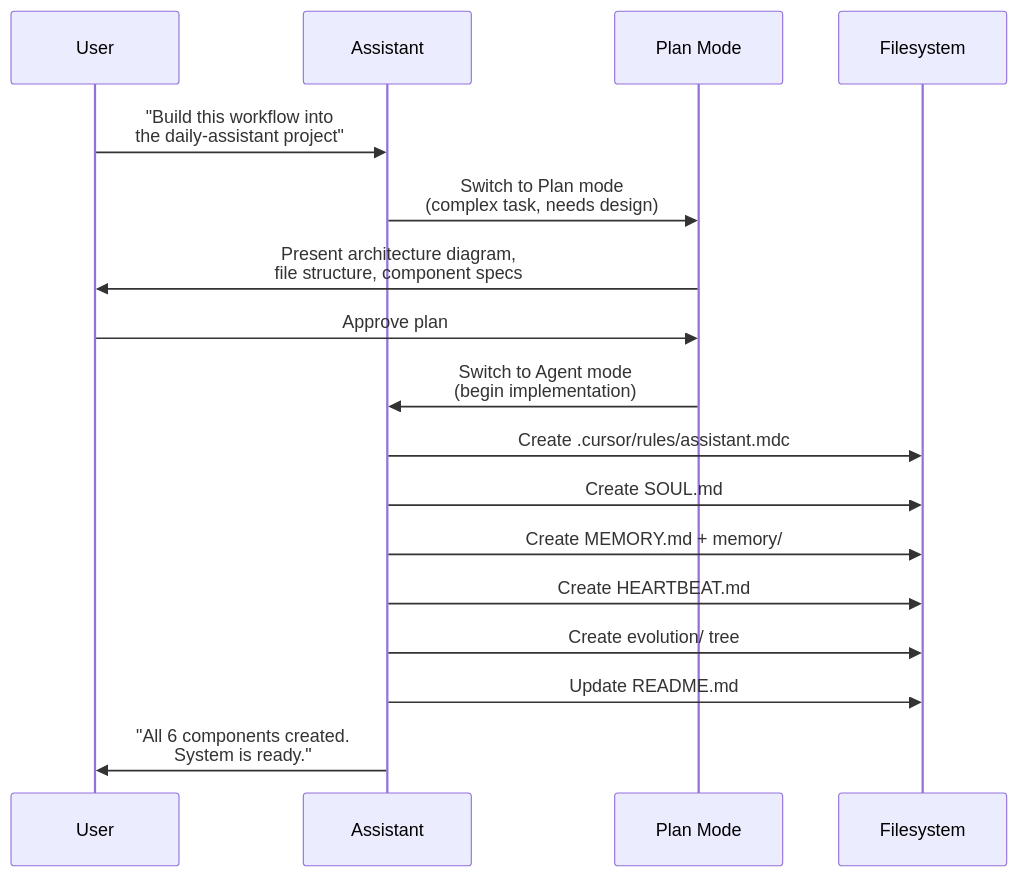
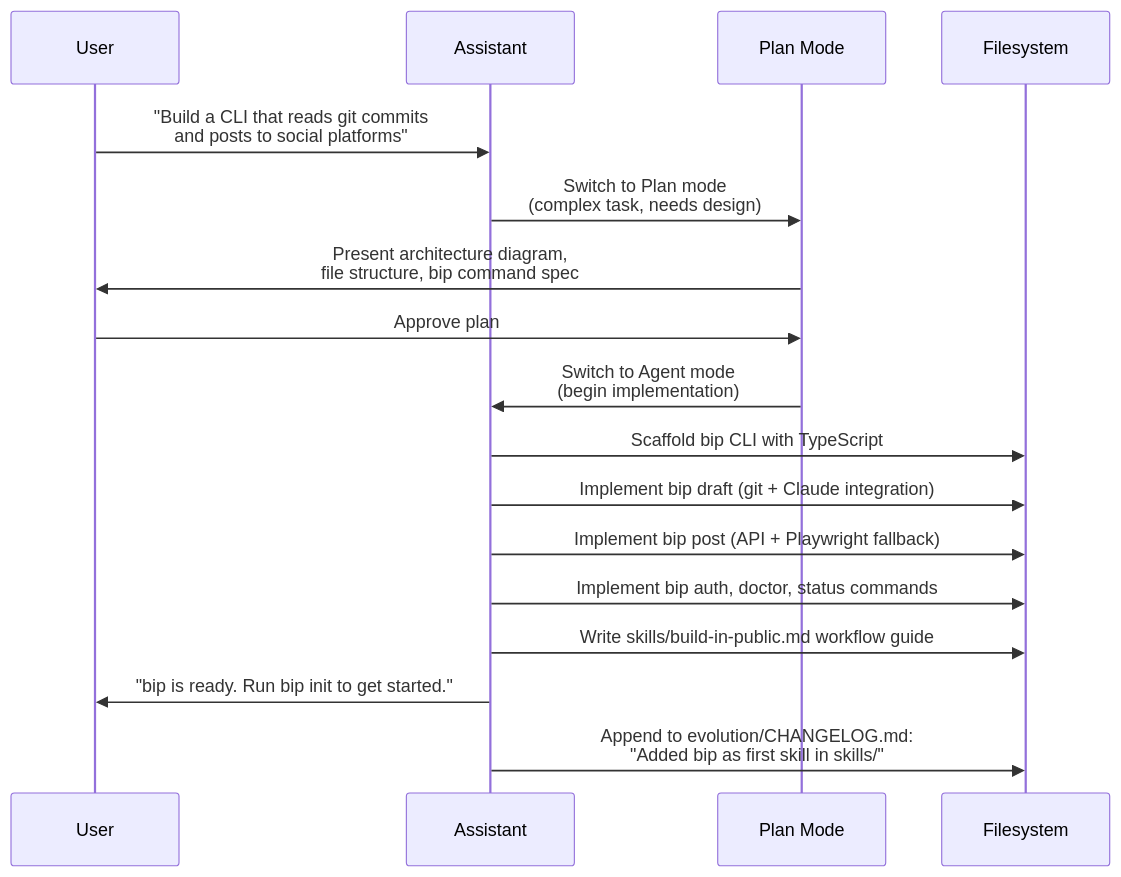
The seventh of 10 diagrams in _posts/2026-02-27-self-evolving-ai-assistant.md (cynthialmy/cynthialmy.github.io), drawn with Mermaid before and after one commit. The commit also changed other lines of this file and 1 other file, not shown here.

Commit message:
added  bip npm build

````diff
--- a/_posts/2026-02-27-self-evolving-ai-assistant.md
+++ b/_posts/2026-02-27-self-evolving-ai-assistant.md
@@ -373,20 +431,20 @@
 ```mermaid
 sequenceDiagram
     participant User
     participant Assistant
     participant Plan as Plan Mode
     participant FS as Filesystem
 
-    User->>Assistant: "Build this workflow into<br/>the daily-assistant project"
+    User->>Assistant: "Build a CLI that reads git commits<br/>and posts to social platforms"
     Assistant->>Plan: Switch to Plan mode<br/>(complex task, needs design)
-    Plan->>User: Present architecture diagram,<br/>file structure, component specs
+    Plan->>User: Present architecture diagram,<br/>file structure, bip command spec
     User->>Plan: Approve plan
     Plan->>Assistant: Switch to Agent mode<br/>(begin implementation)
-    Assistant->>FS: Create .cursor/rules/assistant.mdc
-    Assistant->>FS: Create SOUL.md
-    Assistant->>FS: Create MEMORY.md + memory/
-    Assistant->>FS: Create HEARTBEAT.md
-    Assistant->>FS: Create evolution/ tree
-    Assistant->>FS: Update README.md
-    Assistant->>User: "All 6 components created.<br/>System is ready."
+    Assistant->>FS: Scaffold bip CLI with TypeScript
+    Assistant->>FS: Implement bip draft (git + Claude integration)
+    Assistant->>FS: Implement bip post (API + Playwright fallback)
+    Assistant->>FS: Implement bip auth, doctor, status commands
+    Assistant->>FS: Write skills/build-in-public.md workflow guide
+    Assistant->>User: "bip is ready. Run bip init to get started."
+    Assistant->>FS: Append to evolution/CHANGELOG.md:<br/>"Added bip as first skill in skills/"
 ```
````
